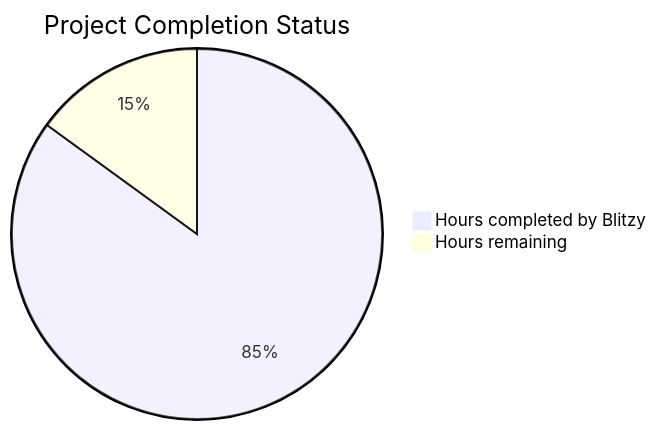
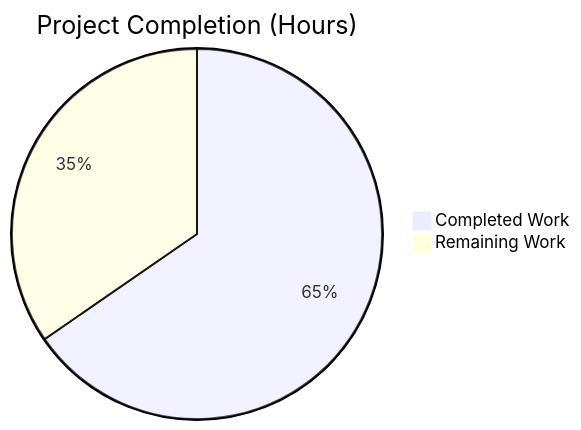
The diagram in blitzy/documentation/Project Guide.md (BhagyashreeBlitzy/ai-voice-call-rycqqy), drawn with Mermaid before and after one commit. The commit also changed other lines of this file, not shown here.

Commit message:
Adding Blitzy Project Guide: Project Status and Human Tasks Remaining

````diff
--- a/blitzy/documentation/Project Guide.md
+++ b/blitzy/documentation/Project Guide.md
@@ -3,5 +172,5 @@
 ```mermaid
-pie title Project Completion Status
-    "Hours completed by Blitzy" : 850
-    "Hours remaining" : 150
+pie title Project Completion (Hours)
+    "Completed Work" : 17
+    "Remaining Work" : 9
 ```
````
